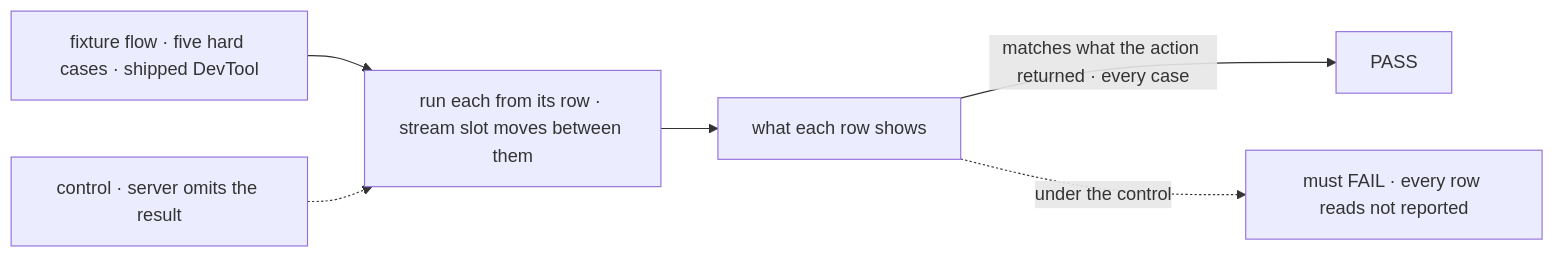
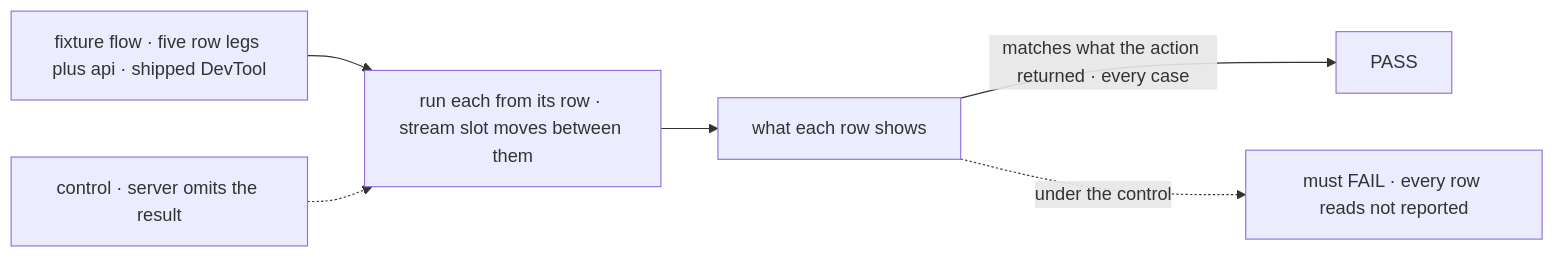
Before and after one commit to fixpoint-labs/flow-state-dev: the first of 2 diagrams in specs/issues/FIX-1661/SPEC.md, drawn with Mermaid. The commit also changed other lines of this file and 2 other files, not shown here.

Commit message:
FIX-1661 spec: fold Cursor review nits
Standardize the goal-check wording as "five row legs plus api" across
SPEC, BUSINESS-RULES and PLAN, and record the remaining optional review
suggestions in PLAN "Notes from review" for the implementer to weigh.

Claude-Session: https://claude.ai/code/session_014LohgYyHsXCYQd6kABH11N

````diff
--- a/specs/issues/FIX-1661/SPEC.md
+++ b/specs/issues/FIX-1661/SPEC.md
@@ -36,8 +36,8 @@
 ```mermaid
 flowchart LR
-  H["fixture flow · five hard cases · shipped DevTool"] --> R["run each from its row · stream slot moves between them"]
+  H["fixture flow · five row legs plus api · shipped DevTool"] --> R["run each from its row · stream slot moves between them"]
   R --> S["what each row shows"]
   S -->|"matches what the action returned · every case"| P["PASS"]
   C["control · server omits the result"] -.-> R
   S -.->|"under the control"| F["must FAIL · every row reads not reported"]
 ```
````
